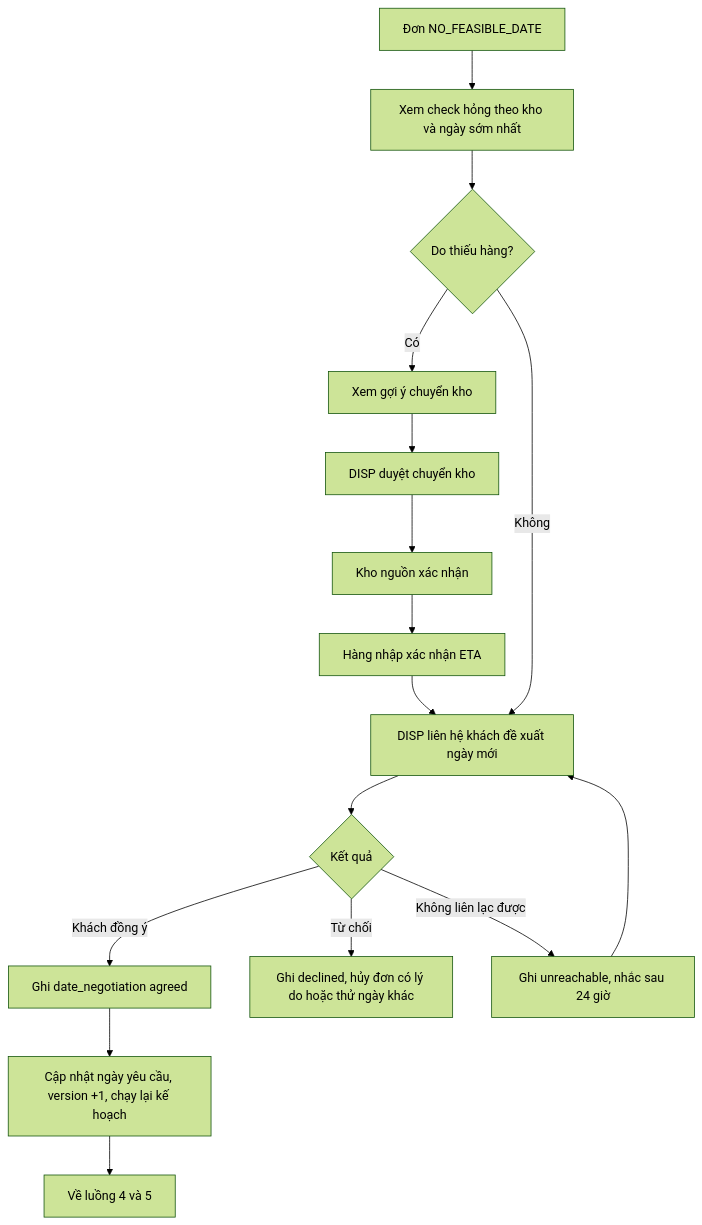
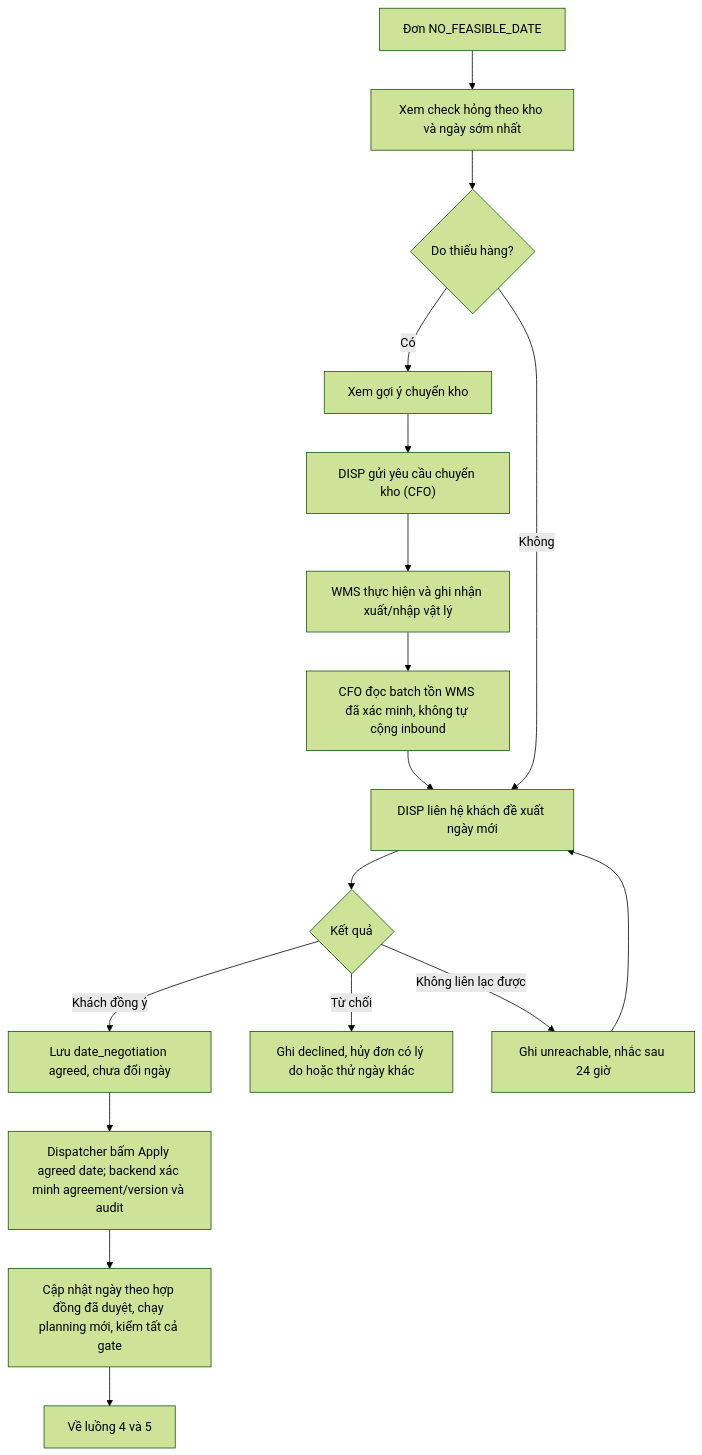
The sixth of 14 diagrams in docs/07_User_Flows.md (qaztyhn/cfo-itconsultant), drawn with Mermaid (forest theme) before and after one commit. The commit also changed other lines of this file, not shown here.

````diff
--- a/docs/07_User_Flows.md
+++ b/docs/07_User_Flows.md
@@ -177,17 +186,18 @@
 ```mermaid
 flowchart TD
   A["Đơn NO_FEASIBLE_DATE"] --> B["Xem check hỏng theo kho và ngày sớm nhất"]
   B --> C{"Do thiếu hàng?"}
   C -- "Có" --> D["Xem gợi ý chuyển kho"]
-  D --> E["DISP duyệt chuyển kho"]
-  E --> F["Kho nguồn xác nhận"]
-  F --> G["Hàng nhập xác nhận ETA"] --> H
+  D --> E["DISP gửi yêu cầu chuyển kho (CFO)"]
+  E --> F["WMS thực hiện và ghi nhận xuất/nhập vật lý"]
+  F --> G["CFO đọc batch tồn WMS đã xác minh, không tự cộng inbound"] --> H
   C -- "Không" --> H["DISP liên hệ khách đề xuất ngày mới"]
   H --> I{"Kết quả"}
-  I -- "Khách đồng ý" --> J["Ghi date_negotiation agreed"]
-  J --> K["Cập nhật ngày yêu cầu, version +1, chạy lại kế hoạch"]
+  I -- "Khách đồng ý" --> J["Lưu date_negotiation agreed, chưa đổi ngày"]
+  J --> X["Dispatcher bấm Apply agreed date; backend xác minh agreement/version và audit"]
+  X --> K["Cập nhật ngày theo hợp đồng đã duyệt, chạy planning mới, kiểm tất cả gate"]
   I -- "Từ chối" --> L["Ghi declined, hủy đơn có lý do hoặc thử ngày khác"]
   I -- "Không liên lạc được" --> M["Ghi unreachable, nhắc sau 24 giờ"]
   M --> H
   K --> N["Về luồng 4 và 5"]
 ```
````
